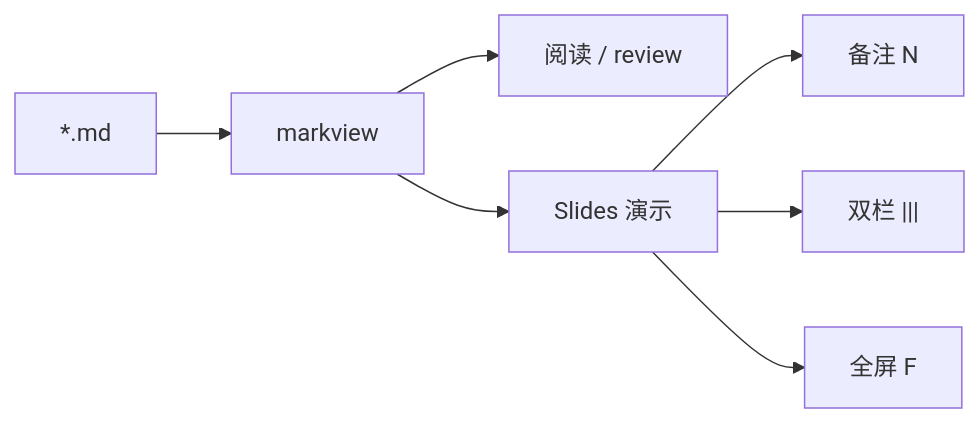
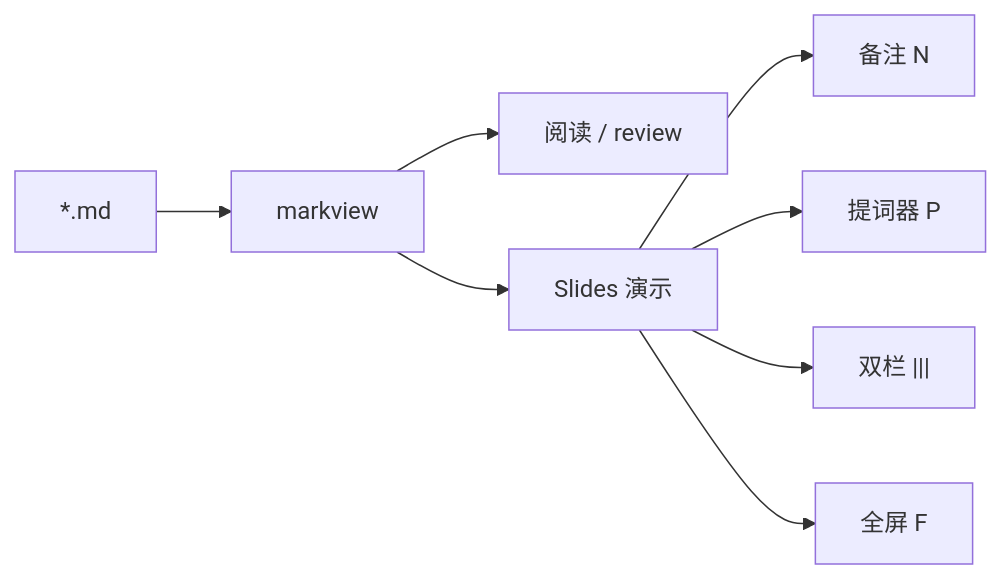
One commit to pubgo/markview changed the diagram in testdata/slides-complete.md. Above: the diagram before and after it, drawn with Mermaid. The commit also changed other lines of this file and 16 other files, not shown here.

````diff
--- a/testdata/slides-complete.md
+++ b/testdata/slides-complete.md
@@ -116,9 +116,10 @@
 ```mermaid
 flowchart LR
   MD["*.md"] --> MV["markview"]
   MV --> Read["阅读 / review"]
   MV --> Slides["Slides 演示"]
   Slides --> Notes["备注 N"]
+  Slides --> Presenter["提词器 P"]
   Slides --> Cols["双栏 |||"]
   Slides --> Stage["全屏 F"]
 ```
````
